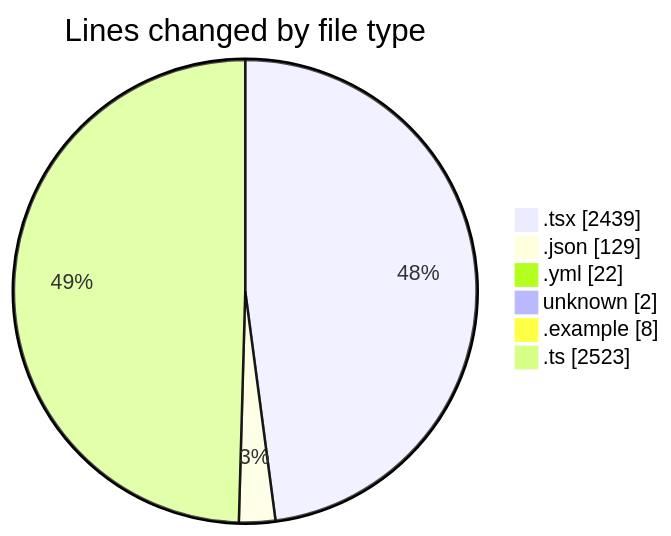
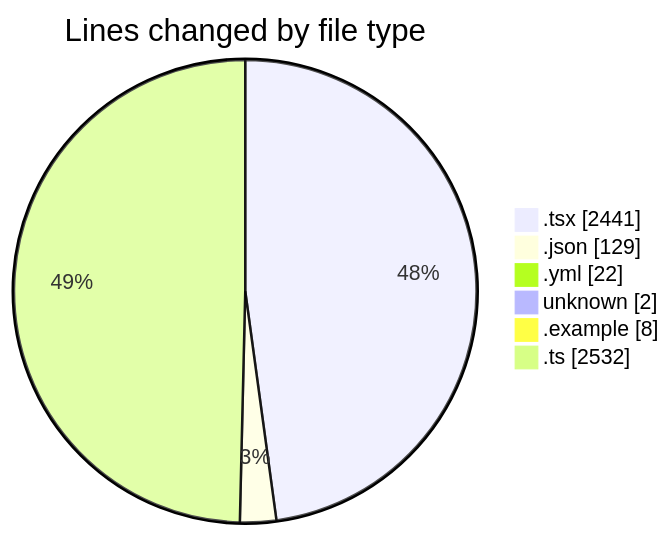
Before and after one commit to julien-gomy/code-tracking: the first of 2 diagrams in 2025-11-21/eventscop-frontend-guide__workspace_/README.md, drawn with Mermaid. The commit also changed other lines of this file and 1 other file, not shown here.

````diff
--- a/2025-11-21/eventscop-frontend-guide__workspace_/README.md
+++ b/2025-11-21/eventscop-frontend-guide__workspace_/README.md
@@ -56,10 +56,10 @@
 ```mermaid
 pie showData
 title Lines changed by file type
-".tsx" : 2439
+".tsx" : 2441
 ".json" : 129
 ".yml" : 22
 "unknown" : 2
 ".example" : 8
-".ts" : 2523
+".ts" : 2532
 ```
````
